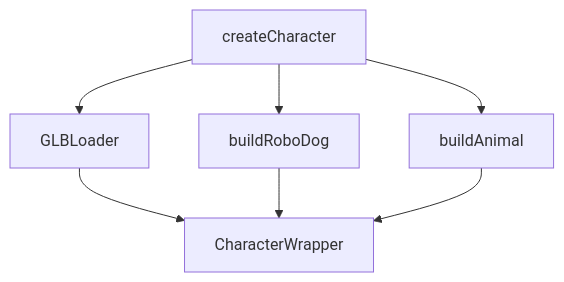
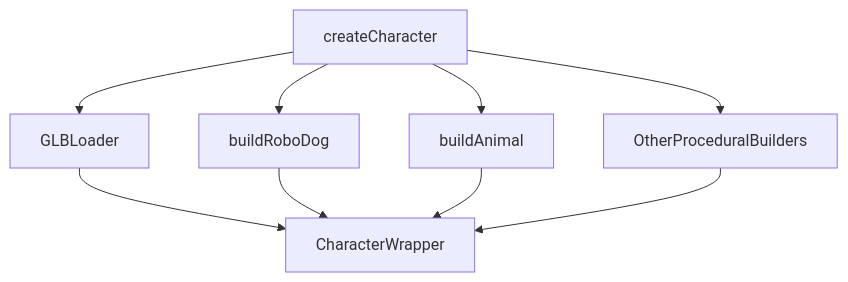
Before and after one commit to veersudhir83/desk-buddy: the third of 3 diagrams in memento/systemPatterns.md, drawn with Mermaid. The commit also changed other lines of this file and 6 other files, not shown here.

````diff
--- a/memento/systemPatterns.md
+++ b/memento/systemPatterns.md
@@ -54,15 +54,18 @@
 ```mermaid
 flowchart TD
     createCharacter
     GLBLoader
     buildRoboDog
     buildAnimal
+    OtherProceduralBuilders
     CharacterWrapper
 
     createCharacter --> GLBLoader
     createCharacter --> buildRoboDog
     createCharacter --> buildAnimal
+    createCharacter --> OtherProceduralBuilders
     GLBLoader --> CharacterWrapper
     buildRoboDog --> CharacterWrapper
     buildAnimal --> CharacterWrapper
+    OtherProceduralBuilders --> CharacterWrapper
 ```
````
